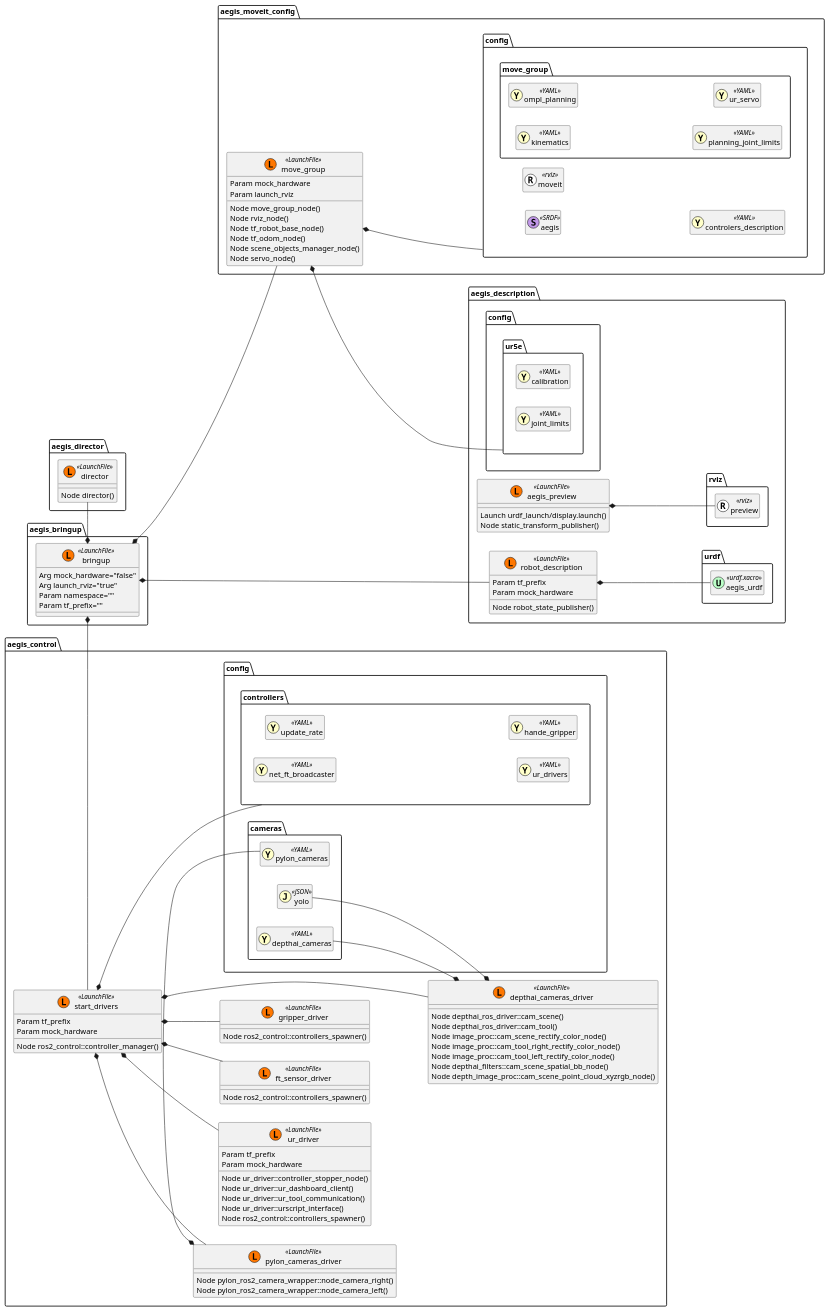
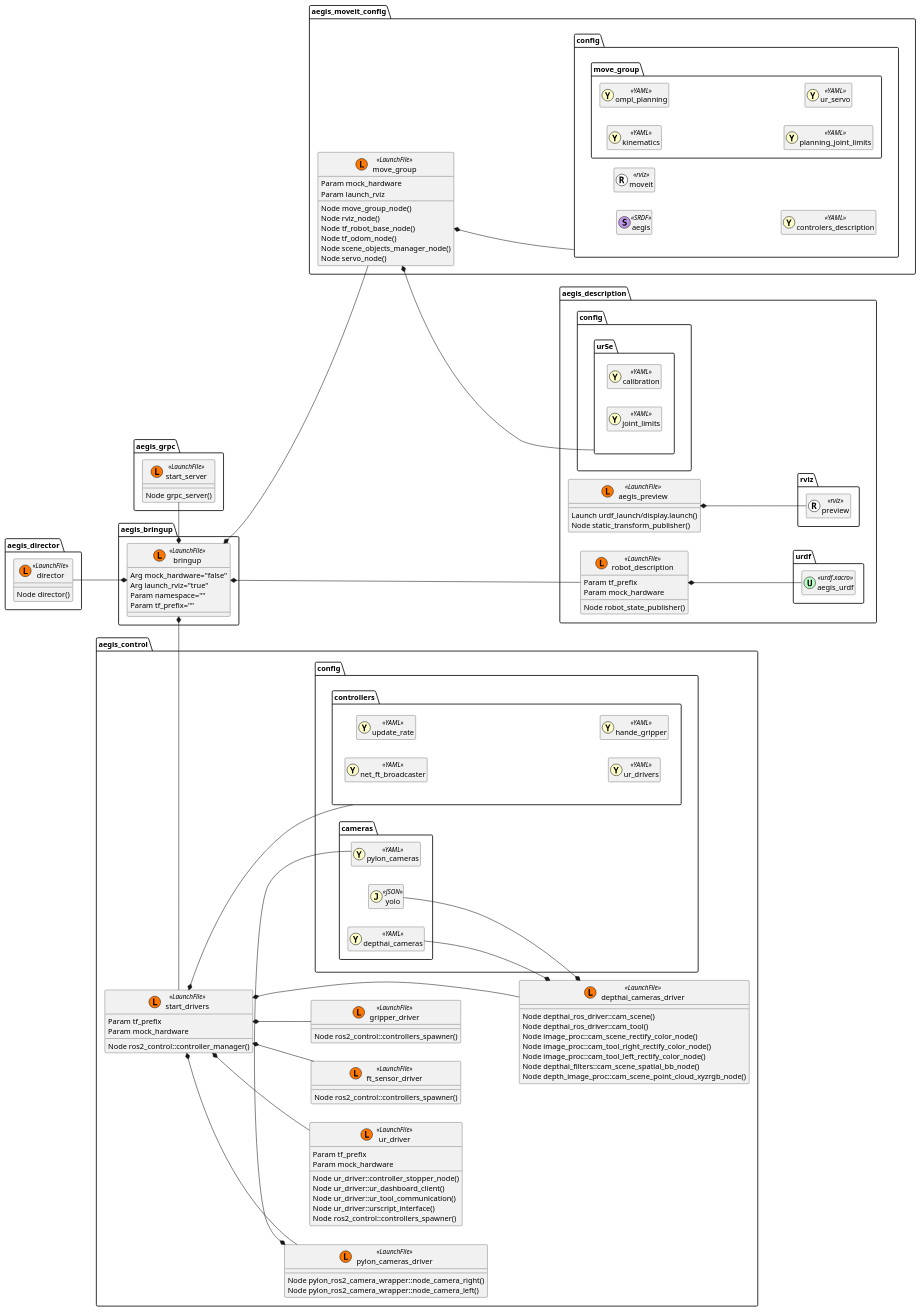
One commit to AGH-CEAI/aegis_ros changed the diagram in aegis_bringup/docs/launch_diagram.plantuml. Above: the diagram before and after it, drawn with PlantUML. The commit also changed 2 other files, not shown here.

Commit message:
Added launch of grpc_server to the bringup

```diff
--- a/aegis_bringup/docs/launch_diagram.plantuml
+++ b/aegis_bringup/docs/launch_diagram.plantuml
@@ -1,148 +1,155 @@
 @startuml
 left to right direction
 package aegis_bringup {
     class bringup << (L,#FF7700) LaunchFile >> {
         Arg mock_hardware="false"
         Arg launch_rviz="true"
         Param namespace=""
         Param tf_prefix=""
+    }
+}
+
+package aegis_grpc {
+    class start_server << (L,#FF7700) LaunchFile >> {
+        Node grpc_server()
     }
 }
 
 package aegis_director {
     class director << (L,#FF7700) LaunchFile >> {
         Node director()
     }
 }
 
 package aegis_control {
     class start_drivers << (L,#FF7700) LaunchFile >> {
         Param tf_prefix
         Param mock_hardware
         Node ros2_control::controller_manager()
     }
     class ur_driver << (L,#FF7700) LaunchFile >> {
         Param tf_prefix
         Param mock_hardware
         Node ur_driver::controller_stopper_node()
         Node ur_driver::ur_dashboard_client()
         Node ur_driver::ur_tool_communication()
         Node ur_driver::urscript_interface()
         Node ros2_control::controllers_spawner()
     }
     class ft_sensor_driver << (L,#FF7700) LaunchFile >> {
         Node ros2_control::controllers_spawner()
     }
     class gripper_driver << (L,#FF7700) LaunchFile >> {
         Node ros2_control::controllers_spawner()
     }
     class depthai_cameras_driver << (L,#FF7700) LaunchFile >> {
         Node depthai_ros_driver::cam_scene()
         Node depthai_ros_driver::cam_tool()
         Node image_proc::cam_scene_rectify_color_node()
         Node image_proc::cam_tool_right_rectify_color_node()
         Node image_proc::cam_tool_left_rectify_color_node()
         Node depthai_filters::cam_scene_spatial_bb_node()
         Node depth_image_proc::cam_scene_point_cloud_xyzrgb_node()
     }
     class pylon_cameras_driver << (L,#FF7700) LaunchFile >> {
         Node pylon_ros2_camera_wrapper::node_camera_right()
         Node pylon_ros2_camera_wrapper::node_camera_left()
     }
 
     package config {
         package controllers {
             class net_ft_broadcaster << (Y,#ffffc9) YAML >> {}
             class update_rate << (Y,#ffffc9) YAML >> {}
             class ur_drivers << (Y,#ffffc9) YAML >> {}
             class hande_gripper << (Y,#ffffc9) YAML >> {}
         }
         package cameras {
             class depthai_cameras << (Y,#ffffc9) YAML >> {}
             class pylon_cameras << (Y,#ffffc9) YAML >> {}
             class yolo << (J,#ffffc9) JSON >> {}
         }
     }
 }
 
 package aegis_description {
     class aegis_preview << (L,#FF7700) LaunchFile >> {
         Launch urdf_launch/display.launch()
         Node static_transform_publisher()
     }
 
     class robot_description << (L,#FF7700) LaunchFile >> {
         Param tf_prefix
         Param mock_hardware
         Node robot_state_publisher()
     }
 
     package config {
         package ur5e {
             class calibration << (Y,#ffffc9) YAML >> {}
             class joint_limits << (Y,#ffffc9) YAML >> {}
         }
     }
 
     package urdf {
         class aegis_urdf << (U,#bcffc8) urdf.xacro >> {}
     }
 
     package rviz {
         class preview << (R,#ffffff) rviz >> {}
     }
 }
 
 package aegis_moveit_config {
     class move_group << (L,#FF7700) LaunchFile >> {
         Param mock_hardware
         Param launch_rviz
         Node move_group_node()
         Node rviz_node()
         Node tf_robot_base_node()
         Node tf_odom_node()
         Node scene_objects_manager_node()
         Node servo_node()
     }
     package config {
         class aegis << (S,#c298e9) SRDF >> {}
         package move_group {
             class kinematics << (Y,#ffffc9) YAML >> {}
             class ompl_planning << (Y,#ffffc9) YAML >> {}
             class planning_joint_limits << (Y,#ffffc9) YAML >> {}
             class ur_servo << (Y,#ffffc9) YAML >> {}
         }
         class moveit << (R,#ffffff) rviz >> {}
         class controlers_description << (Y,#ffffc9) YAML >> {}
     }
 }
 
 
 aegis_bringup.bringup *-left- aegis_control.start_drivers
-aegis_bringup.bringup *-left- aegis_director.director
+aegis_bringup.bringup *-left- aegis_grpc.start_server
+aegis_bringup.bringup *-up- aegis_director.director
 aegis_bringup.bringup *-- aegis_moveit_config.move_group
 aegis_bringup.bringup *-- aegis_description.robot_description
 aegis_description.robot_description *-- aegis_description.urdf.aegis_urdf
 
 aegis_control.start_drivers *-- aegis_control.ur_driver
 aegis_control.start_drivers *-- aegis_control.ft_sensor_driver
 aegis_control.start_drivers *-- aegis_control.gripper_driver
 aegis_control.start_drivers *-- aegis_control.depthai_cameras_driver
 aegis_control.start_drivers *-- aegis_control.pylon_cameras_driver
 aegis_control.start_drivers *-- aegis_control.config.controllers
 aegis_control.depthai_cameras_driver *-up- aegis_control.config.cameras.depthai_cameras
 aegis_control.depthai_cameras_driver *-up- aegis_control.config.cameras.yolo
 aegis_control.pylon_cameras_driver *-left- aegis_control.config.cameras.pylon_cameras
 
 aegis_moveit_config.move_group *-- aegis_moveit_config.config
 aegis_moveit_config.move_group *-- aegis_description.config.ur5e
 
 aegis_description.aegis_preview *-- aegis_description.rviz.preview
 
 skinparam classAttributeIconSize 0
 hide << YAML >> members
 hide << urdf.xacro >> members
 hide << SRDF >> members
 hide << rviz >> members
 hide << JSON >> members
 @enduml
```
